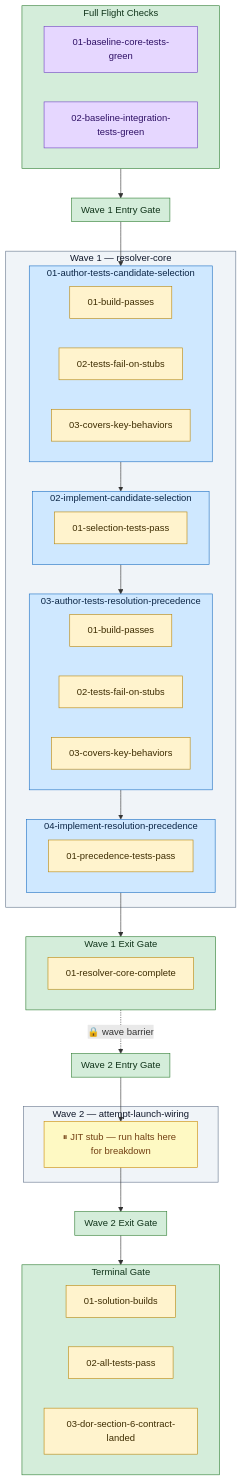
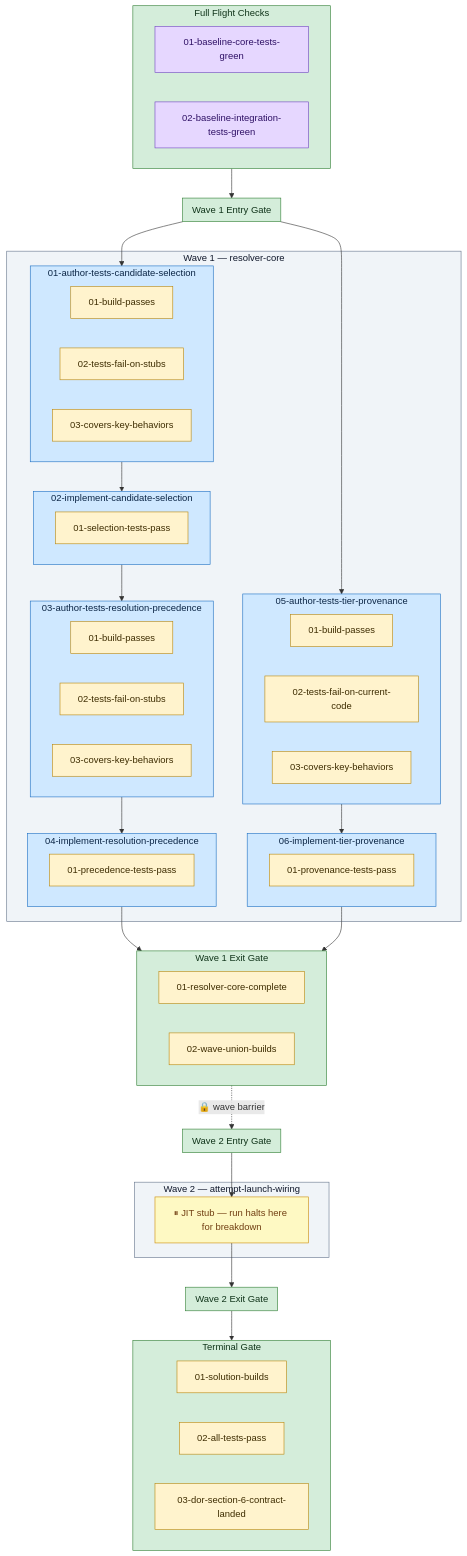
Before and after one commit to Servant-Software-LLC/Guardrails: the diagram in docs/plans/model-tiering-stage-2/diagram.md, drawn with Mermaid. The commit also changed other lines of this file and 22 other files, not shown here.

````diff
--- a/docs/plans/model-tiering-stage-2/diagram.md
+++ b/docs/plans/model-tiering-stage-2/diagram.md
@@ -3,67 +3,81 @@
 ```mermaid
 flowchart TD
   subgraph plan_preflights["Full Flight Checks"]
     plan_preflights_0["01-baseline-core-tests-green"]:::preflight
     plan_preflights_1["02-baseline-integration-tests-green"]:::preflight
   end
   style plan_preflights fill:#d4edda,stroke:#2e7d32,color:#10341a;
   subgraph wave_1_preflights["Wave 1 Entry Gate"]
   end
   style wave_1_preflights fill:#d4edda,stroke:#2e7d32,color:#10341a;
   subgraph wave_1["Wave 1 — resolver-core"]
     subgraph task_wave_01_resolver_core_01_author_tests_candidate_selection["01-author-tests-candidate-selection"]
       task_wave_01_resolver_core_01_author_tests_candidate_selection_gr_0["01-build-passes"]:::guardrail
       task_wave_01_resolver_core_01_author_tests_candidate_selection_gr_1["02-tests-fail-on-stubs"]:::guardrail
       task_wave_01_resolver_core_01_author_tests_candidate_selection_gr_2["03-covers-key-behaviors"]:::guardrail
     end
     style task_wave_01_resolver_core_01_author_tests_candidate_selection fill:#cfe8ff,stroke:#1b6ec2,color:#0b2545;
     subgraph task_wave_01_resolver_core_02_implement_candidate_selection["02-implement-candidate-selection"]
       task_wave_01_resolver_core_02_implement_candidate_selection_gr_0["01-selection-tests-pass"]:::guardrail
     end
     style task_wave_01_resolver_core_02_implement_candidate_selection fill:#cfe8ff,stroke:#1b6ec2,color:#0b2545;
     subgraph task_wave_01_resolver_core_03_author_tests_resolution_precedence["03-author-tests-resolution-precedence"]
       task_wave_01_resolver_core_03_author_tests_resolution_precedence_gr_0["01-build-passes"]:::guardrail
       task_wave_01_resolver_core_03_author_tests_resolution_precedence_gr_1["02-tests-fail-on-stubs"]:::guardrail
       task_wave_01_resolver_core_03_author_tests_resolution_precedence_gr_2["03-covers-key-behaviors"]:::guardrail
     end
     style task_wave_01_resolver_core_03_author_tests_resolution_precedence fill:#cfe8ff,stroke:#1b6ec2,color:#0b2545;
     subgraph task_wave_01_resolver_core_04_implement_resolution_precedence["04-implement-resolution-precedence"]
       task_wave_01_resolver_core_04_implement_resolution_precedence_gr_0["01-precedence-tests-pass"]:::guardrail
     end
     style task_wave_01_resolver_core_04_implement_resolution_precedence fill:#cfe8ff,stroke:#1b6ec2,color:#0b2545;
+    subgraph task_wave_01_resolver_core_05_author_tests_tier_provenance["05-author-tests-tier-provenance"]
+      task_wave_01_resolver_core_05_author_tests_tier_provenance_gr_0["01-build-passes"]:::guardrail
+      task_wave_01_resolver_core_05_author_tests_tier_provenance_gr_1["02-tests-fail-on-current-code"]:::guardrail
+      task_wave_01_resolver_core_05_author_tests_tier_provenance_gr_2["03-covers-key-behaviors"]:::guardrail
+    end
+    style task_wave_01_resolver_core_05_author_tests_tier_provenance fill:#cfe8ff,stroke:#1b6ec2,color:#0b2545;
+    subgraph task_wave_01_resolver_core_06_implement_tier_provenance["06-implement-tier-provenance"]
+      task_wave_01_resolver_core_06_implement_tier_provenance_gr_0["01-provenance-tests-pass"]:::guardrail
+    end
+    style task_wave_01_resolver_core_06_implement_tier_provenance fill:#cfe8ff,stroke:#1b6ec2,color:#0b2545;
   end
   style wave_1 fill:#f0f4f8,stroke:#64748b,color:#0f172a;
   subgraph wave_1_guardrails["Wave 1 Exit Gate"]
     wave_1_guardrails_0["01-resolver-core-complete"]:::guardrail
+    wave_1_guardrails_1["02-wave-union-builds"]:::guardrail
   end
   style wave_1_guardrails fill:#d4edda,stroke:#2e7d32,color:#10341a;
   subgraph wave_2_preflights["Wave 2 Entry Gate"]
   end
   style wave_2_preflights fill:#d4edda,stroke:#2e7d32,color:#10341a;
   subgraph wave_2["Wave 2 — attempt-launch-wiring"]
     wave_2_stub["⏸ JIT stub — run halts here for breakdown"]
     style wave_2_stub fill:#fef9c3,stroke:#ca8a04,color:#713f12;
   end
   style wave_2 fill:#f0f4f8,stroke:#64748b,color:#0f172a;
   subgraph wave_2_guardrails["Wave 2 Exit Gate"]
   end
   style wave_2_guardrails fill:#d4edda,stroke:#2e7d32,color:#10341a;
   subgraph plan_guardrails["Terminal Gate"]
     plan_guardrails_0["01-solution-builds"]:::guardrail
     plan_guardrails_1["02-all-tests-pass"]:::guardrail
     plan_guardrails_2["03-dor-section-6-contract-landed"]:::guardrail
   end
   style plan_guardrails fill:#d4edda,stroke:#2e7d32,color:#10341a;
   plan_preflights --> wave_1_preflights
   wave_1_preflights --> task_wave_01_resolver_core_01_author_tests_candidate_selection
+  wave_1_preflights --> task_wave_01_resolver_core_05_author_tests_tier_provenance
   task_wave_01_resolver_core_01_author_tests_candidate_selection --> task_wave_01_resolver_core_02_implement_candidate_selection
   task_wave_01_resolver_core_02_implement_candidate_selection --> task_wave_01_resolver_core_03_author_tests_resolution_precedence
   task_wave_01_resolver_core_03_author_tests_resolution_precedence --> task_wave_01_resolver_core_04_implement_resolution_precedence
+  task_wave_01_resolver_core_05_author_tests_tier_provenance --> task_wave_01_resolver_core_06_implement_tier_provenance
   task_wave_01_resolver_core_04_implement_resolution_precedence --> wave_1_guardrails
+  task_wave_01_resolver_core_06_implement_tier_provenance --> wave_1_guardrails
   wave_2_preflights --> wave_2_stub
   wave_2_stub --> wave_2_guardrails
   wave_1_guardrails -.->|"🔒 wave barrier"| wave_2_preflights
   wave_2_guardrails --> plan_guardrails
   classDef preflight fill:#e6d7ff,stroke:#6f42c1,color:#2e1065;
   classDef guardrail fill:#fff3cd,stroke:#b8860b,color:#3d2c00;
 ```
````
